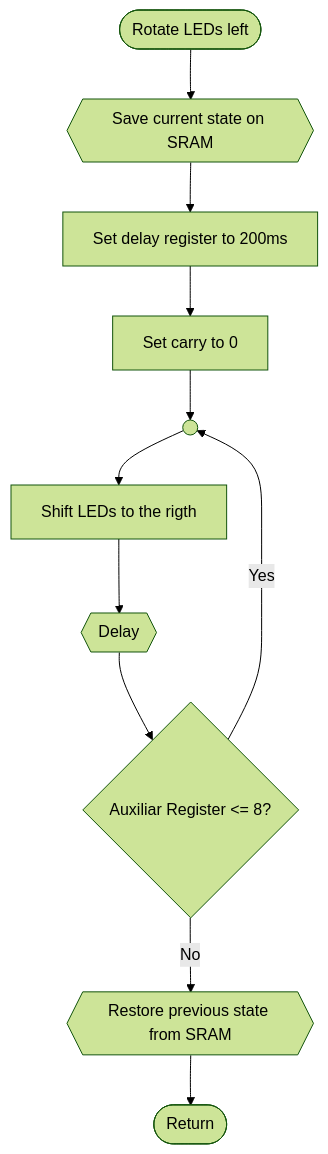
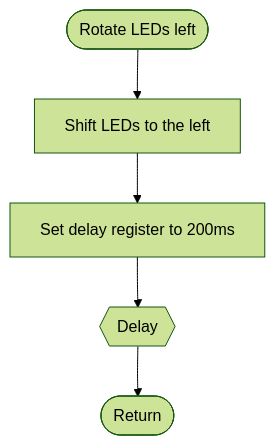
The third of 4 diagrams in subroutines/subroutines.md (gabrielluizep/eng-mic), drawn with Mermaid (forest theme) before and after one commit. The commit also changed other lines of this file and 1 other file, not shown here.

````diff
--- a/subroutines/subroutines.md
+++ b/subroutines/subroutines.md
@@ -32,15 +32,8 @@
 ```mermaid
 graph TD
   rol([Rotate LEDs left])
-  --> save{{Save current state on SRAM}}
+  --> shift[Shift LEDs to the left]
   --> setDelay[Set delay register to 200ms]
-  --> carry[Set carry to 0]
-  --> loop(( ))
-  --> shift[Shift LEDs to the rigth]
   --> delay{{Delay}}
-  --> validation{Auxiliar Register <= 8?}
-  --> |Yes| loop
-  validation
-  --> |No| restore{{Restore previous state from SRAM}}
   --> return([Return])
 ```
````
